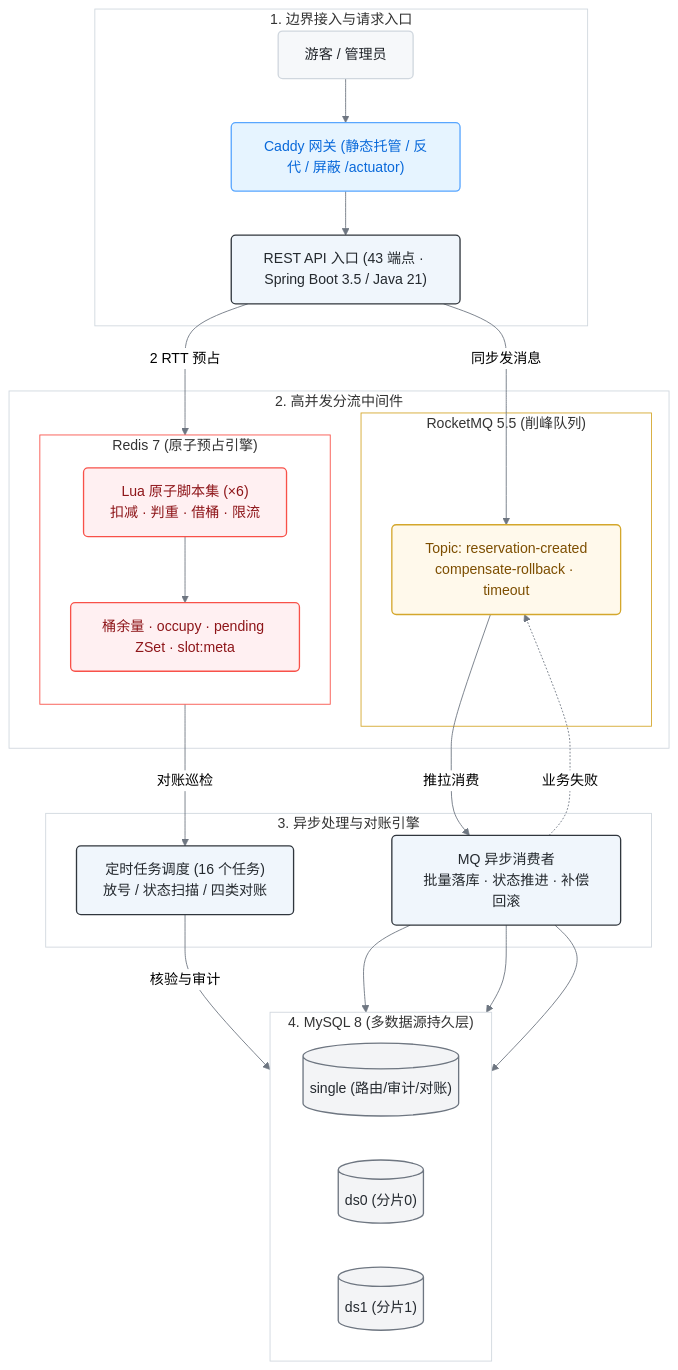
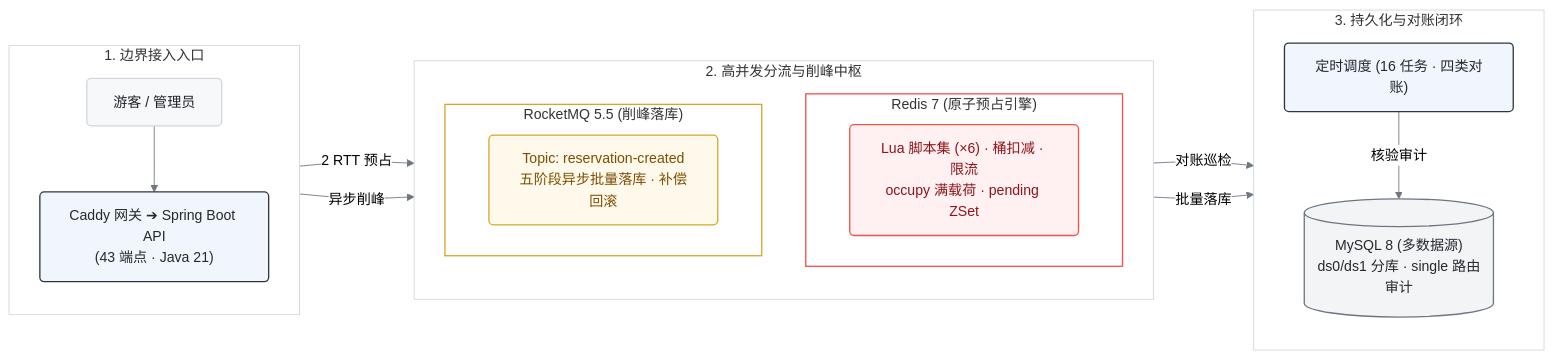
The first of 2 diagrams in README.md (s1oopX/ReserveX), drawn with Mermaid before and after one commit. The commit also changed other lines of this file, not shown here.

````diff
--- a/README.md
+++ b/README.md
@@ -68,72 +68,52 @@
 ```mermaid
 %%{init: {'theme': 'neutral', 'themeVariables': { 'clusterBkg': '#ffffff', 'clusterBorder': '#d0d7de', 'primaryColor': '#f6f8fa', 'primaryBorderColor': '#d0d7de', 'lineColor': '#6e7681' }}}%%
-flowchart TB
+flowchart LR
     %% 节点专属配色类
     classDef client fill:#f6f8fa,stroke:#d0d7de,stroke-width:1.5px,color:#1f2328,rx:5px,ry:5px;
     classDef edge fill:#e6f4ff,stroke:#58a6ff,stroke-width:1.5px,color:#0969da,rx:5px,ry:5px;
     classDef app fill:#f0f6fc,stroke:#30363d,stroke-width:1.5px,color:#24292e,rx:5px,ry:5px;
     classDef redis fill:#fff0f2,stroke:#f85149,stroke-width:1.5px,color:#8e1519,rx:5px,ry:5px;
     classDef mq fill:#fff9eb,stroke:#d4a72c,stroke-width:1.5px,color:#7d4e00,rx:5px,ry:5px;
     classDef db fill:#f3f4f6,stroke:#6e7681,stroke-width:1.5px,color:#24292f,rx:5px,ry:5px;
 
-    %% 1. 接入层
-    subgraph S_INGRESS ["1. 边界接入与请求入口"]
-        U["游客 / 管理员"]:::client
-        C["Caddy 网关 (静态托管 / 反代 / 屏蔽 /actuator)"]:::edge
-        API["REST API 入口 (43 端点 · Spring Boot 3.5 / Java 21)"]:::app
+    %% 1. 边界接入 (左列)
+    subgraph INGRESS ["1. 边界接入入口"]
+        direction TB
+        USER["游客 / 管理员"]:::client
+        API["Caddy 网关 ➔ Spring Boot API<br/>(43 端点 · Java 21)"]:::app
+        USER --> API
     end
 
-    %% 2. 中间件与状态层 (左右分立)
-    subgraph S_MIDDLE ["2. 高并发分流中间件"]
+    %% 2. 分流中枢 (中间列：双擎并排)
+    subgraph ENGINE ["2. 高并发分流与削峰中枢"]
+        direction TB
         subgraph G_REDIS ["Redis 7 (原子预占引擎)"]
-            direction TB
-            L["Lua 原子脚本集 (×6)<br/>扣减 · 判重 · 借桶 · 限流"]:::redis
-            K["桶余量 · occupy · pending ZSet · slot:meta"]:::redis
+            REDIS_NODE["Lua 脚本集 (×6) · 桶扣减 · 限流<br/>occupy 满载荷 · pending ZSet"]:::redis
         end
 
-        subgraph G_MQ ["RocketMQ 5.5 (削峰队列)"]
-            T["Topic: reservation-created<br/>compensate-rollback · timeout"]:::mq
+        subgraph G_MQ ["RocketMQ 5.5 (削峰落库)"]
+            MQ_NODE["Topic: reservation-created<br/>五阶段异步批量落库 · 补偿回滚"]:::mq
         end
     end
 
-    %% 3. 处理与对账层 (左右对齐)
-    subgraph S_PROCESS ["3. 异步处理与对账引擎"]
-        JOB["定时任务调度 (16 个任务)<br/>放号 / 状态扫描 / 四类对账"]:::app
-        CON["MQ 异步消费者<br/>批量落库 · 状态推进 · 补偿回滚"]:::app
+    %% 3. 数据与对账 (右列)
+    subgraph STORAGE ["3. 持久化与对账闭环"]
+        direction TB
+        DB_NODE[("MySQL 8 (多数据源)<br/>ds0/ds1 分库 · single 路由审计")]:::db
+        JOB_NODE["定时调度 (16 任务 · 四类对账)"]:::app
     end
 
-    %% 4. 持久层
-    subgraph G_DB ["4. MySQL 8 (多数据源持久层)"]
-        direction LR
-        DS[("single (路由/审计/对账)")]:::db
-        D0[("ds0 (分片0)")]:::db
-        D1[("ds1 (分片1)")]:::db
-    end
+    %% 纯横向极简推进 (高度缩减 65%！)
+    API -->|"2 RTT 预占"| G_REDIS
+    API -->|"异步削峰"| G_MQ
 
-    %% 链路走向：严格从上到下，左路走缓存，右路走消息
-    U --> C --> API
+    G_REDIS -->|"对账巡检"| JOB_NODE
+    G_MQ -->|"批量落库"| DB_NODE
+    JOB_NODE -->|"核验审计"| DB_NODE
 
-    %% 左路通道：同步原子预占
-    API -->|"2 RTT 预占"| L
-    L --> K
-    K -->|"对账巡检"| JOB
-    JOB -->|"核验与审计"| DS
-
-    %% 右路通道：异步削峰落库
-    API -->|"同步发消息"| T
-    T -->|"推拉消费"| CON
-    CON --> D0
-    CON --> D1
-    CON --> DS
-
-    %% 异常补偿与回滚
-    CON -.->|"业务失败"| T
-
-    %% 显式重写所有外框底色，强制干掉黄色
-    style S_INGRESS fill:#ffffff,stroke:#d0d7de,stroke-width:1px
-    style S_MIDDLE fill:#ffffff,stroke:#d0d7de,stroke-width:1px
-    style G_REDIS fill:#ffffff,stroke:#f85149,stroke-width:1px
-    style G_MQ fill:#ffffff,stroke:#d4a72c,stroke-width:1px
-    style S_PROCESS fill:#ffffff,stroke:#d0d7de,stroke-width:1px
-    style G_DB fill:#ffffff,stroke:#d0d7de,stroke-width:1px
+    style INGRESS fill:#ffffff,stroke:#d0d7de,stroke-width:1px
+    style ENGINE fill:#ffffff,stroke:#d0d7de,stroke-width:1px
+    style G_REDIS fill:#ffffff,stroke:#f85149,stroke-width:1.5px
+    style G_MQ fill:#ffffff,stroke:#d4a72c,stroke-width:1.5px
+    style STORAGE fill:#ffffff,stroke:#d0d7de,stroke-width:1px
 ```
````
